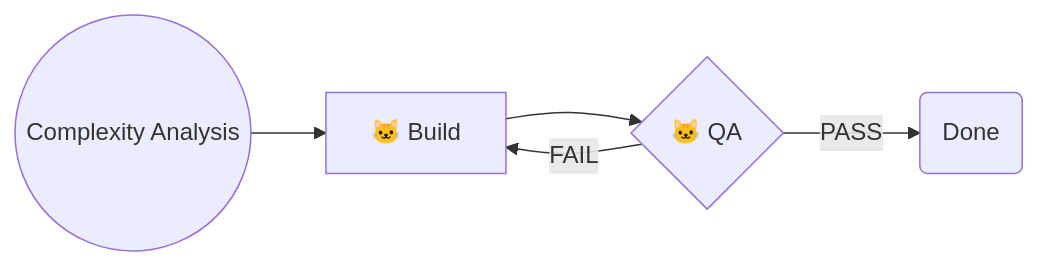
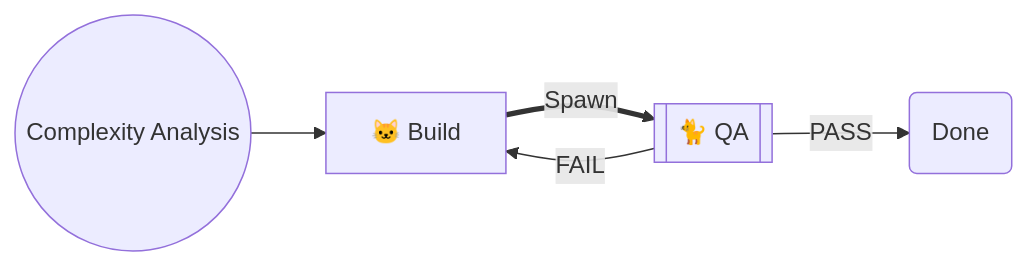
The diagram in .cursor/skills/shared/niko/references/level1/level1-workflow.md (Texarkanine/stockroom), drawn with Mermaid before and after one commit. The commit also changed other lines of this file and 17 other files, not shown here.

````diff
--- a/.cursor/skills/shared/niko/references/level1/level1-workflow.md
+++ b/.cursor/skills/shared/niko/references/level1/level1-workflow.md
@@ -9,7 +9,7 @@
 ```mermaid
 graph LR
     Start(("Complexity Analysis")) --> NikoBuild["🐱 Build"]
-    NikoBuild --> NikoQA{"🐱 QA"}
+    NikoBuild ==Spawn==> NikoQA[["🐈 QA"]]
     NikoQA -->|"PASS"| Done("Done")
     NikoQA -->|"FAIL"| NikoBuild
 ```
````
